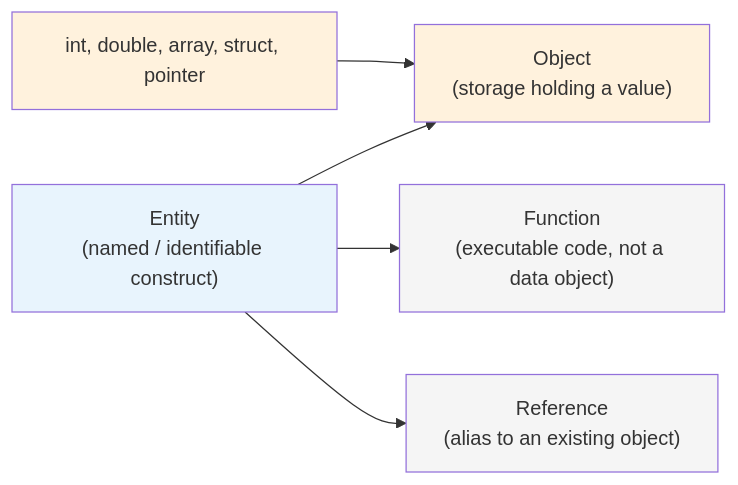
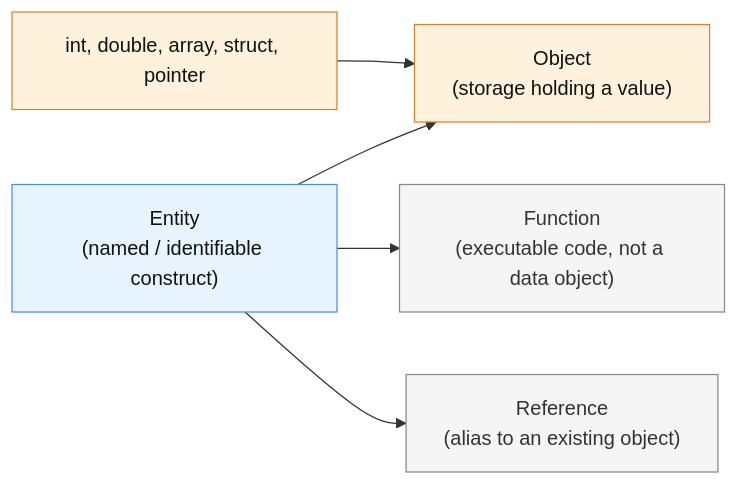
One commit to codestoria/addrnote-draft changed the first of 2 diagrams in notes/en/01-languages/01-cpp/03-modern-cpp/01-object-model-and-lifetime/01-variables-memory-and-const.md. Above: the diagram before and after it, drawn with Mermaid. The commit also changed other lines of this file, not shown here.

````diff
--- a/notes/en/01-languages/01-cpp/03-modern-cpp/01-object-model-and-lifetime/01-variables-memory-and-const.md
+++ b/notes/en/01-languages/01-cpp/03-modern-cpp/01-object-model-and-lifetime/01-variables-memory-and-const.md
@@ -84,22 +84,21 @@
 ```mermaid
 flowchart LR
     E["Entity<br/>(named / identifiable construct)"]
     O["Object<br/>(storage holding a value)"]
     F["Function<br/>(executable code, not a data object)"]
     R["Reference<br/>(alias to an existing object)"]
 
     E --> O
     E --> F
     E --> R
 
     I["int, double, array, struct, pointer"] --> O
 
-    classDef entity fill:#e8f4fd
-    classDef obj fill:#fff2dd
-    classDef other fill:#f5f5f5,color:#333
+    classDef entity fill:#e8f4fd,stroke:#4a90e2,color:#111
+    classDef objectNode fill:#fff2dd,stroke:#d9822b,color:#111
+    classDef otherNode fill:#f5f5f5,stroke:#888,color:#333
 
     class E entity
-    class O obj
-    class I obj
-    class F,R other
+    class O,I objectNode
+    class F,R otherNode
 ```
````
